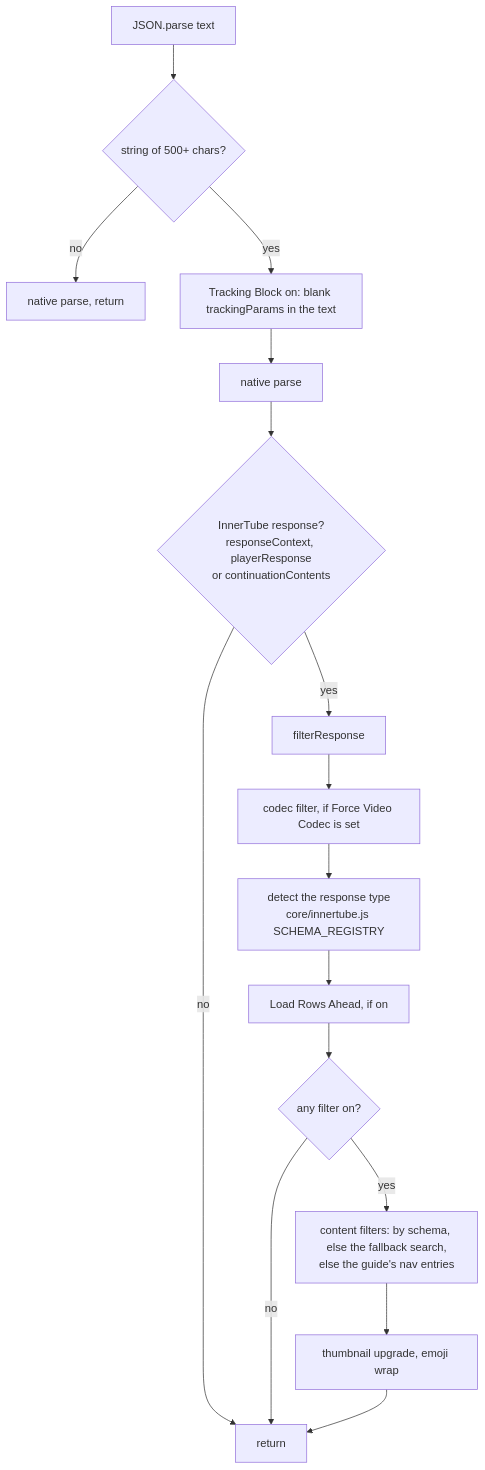
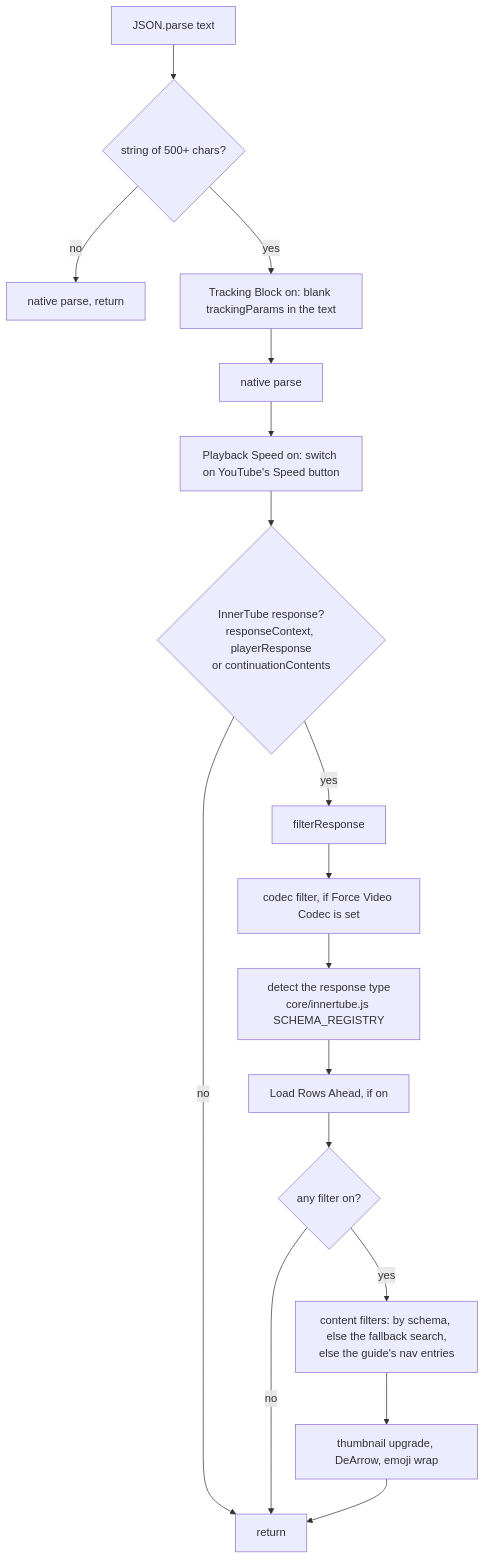
One commit to NicholasBly/youtube-webos changed the second of 2 diagrams in docs/ARCHITECTURE.md. Above: the diagram before and after it, drawn with Mermaid. The commit also changed other lines of this file and 108 other files, not shown here.

````diff
--- a/docs/ARCHITECTURE.md
+++ b/docs/ARCHITECTURE.md
@@ -118,18 +130,19 @@
 ```mermaid
 flowchart TD
   P[JSON.parse text] --> S{string of 500+ chars?}
   S -- no --> N[native parse, return]
   S -- yes --> T[Tracking Block on: blank trackingParams in the text]
   T --> Q[native parse]
-  Q --> R{InnerTube response?<br/>responseContext, playerResponse<br/>or continuationContents}
+  Q --> Q2[Playback Speed on: switch on YouTube's Speed button]
+  Q2 --> R{InnerTube response?<br/>responseContext, playerResponse<br/>or continuationContents}
   R -- no --> X[return]
   R -- yes --> F[filterResponse]
   F --> F1[codec filter, if Force Video Codec is set]
   F1 --> F2[detect the response type<br/>core/innertube.js SCHEMA_REGISTRY]
   F2 --> F3[Load Rows Ahead, if on]
   F3 --> F4{any filter on?}
   F4 -- no --> X
   F4 -- yes --> F5[content filters: by schema, else the fallback search,<br/>else the guide's nav entries]
-  F5 --> F6[thumbnail upgrade, emoji wrap]
+  F5 --> F6[thumbnail upgrade, DeArrow, emoji wrap]
   F6 --> X
 ```
````
